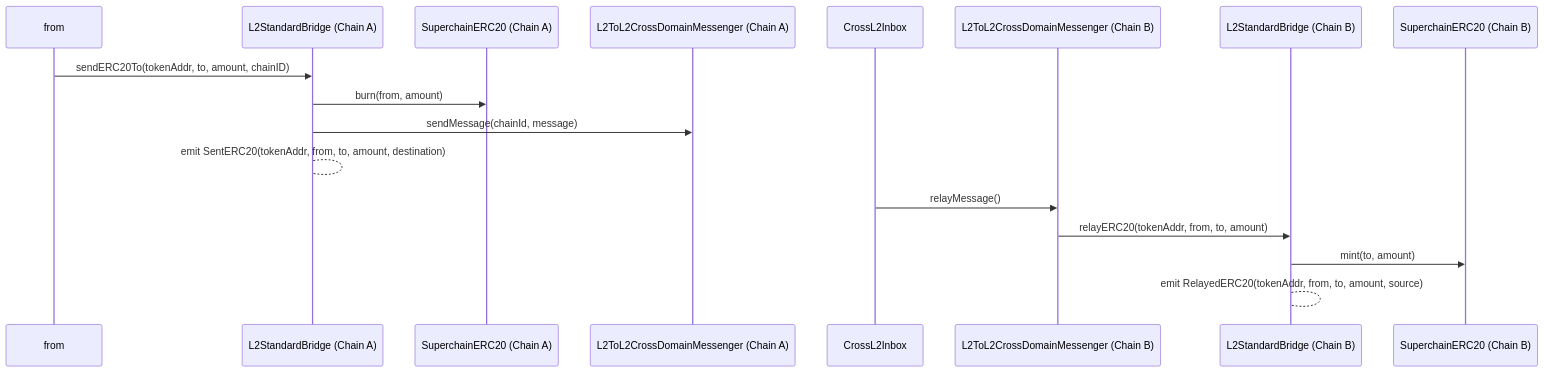
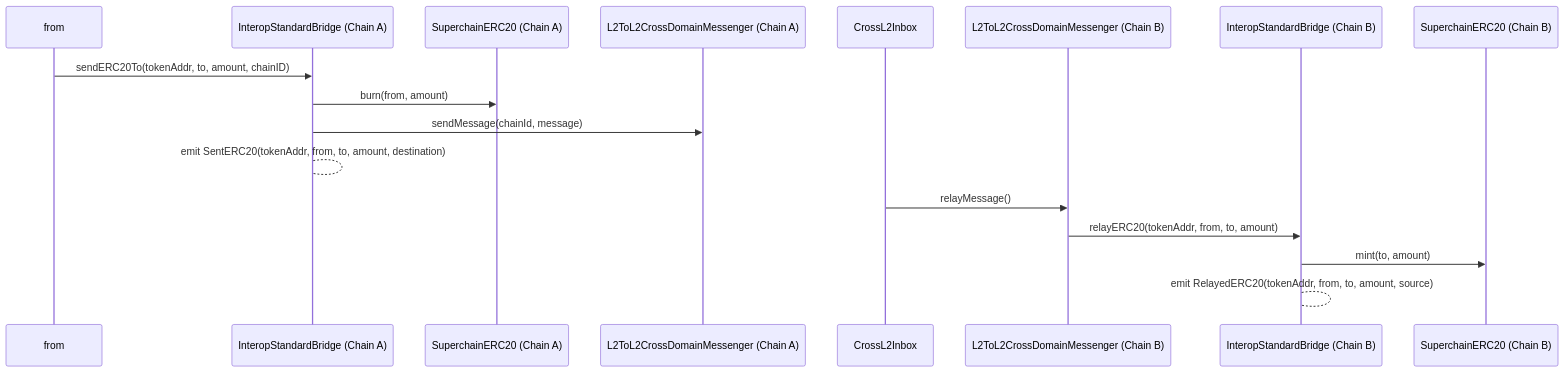
One commit to ethereum-optimism/specs changed the third of 3 diagrams in specs/interop/predeploys.md. Above: the diagram before and after it, drawn with Mermaid. The commit also changed 1 other file, not shown here.

Commit message:
feat: fixed note on token-bridging and bridge naming in mermaid diagrams

````diff
--- a/specs/interop/predeploys.md
+++ b/specs/interop/predeploys.md
@@ -861,20 +861,20 @@
 ```mermaid
 sequenceDiagram
   participant from
-  participant L2SBA as L2StandardBridge (Chain A)
+  participant L2SBA as InteropStandardBridge (Chain A)
   participant SuperERC20_A as SuperchainERC20 (Chain A)
   participant Messenger_A as L2ToL2CrossDomainMessenger (Chain A)
   participant Inbox as CrossL2Inbox
   participant Messenger_B as L2ToL2CrossDomainMessenger (Chain B)
-  participant L2SBB as L2StandardBridge (Chain B)
+  participant L2SBB as InteropStandardBridge (Chain B)
   participant SuperERC20_B as SuperchainERC20 (Chain B)
 
   from->>L2SBA: sendERC20To(tokenAddr, to, amount, chainID)
   L2SBA->>SuperERC20_A: burn(from, amount)
   L2SBA->>Messenger_A: sendMessage(chainId, message)
   L2SBA-->L2SBA: emit SentERC20(tokenAddr, from, to, amount, destination)
   Inbox->>Messenger_B: relayMessage()
   Messenger_B->>L2SBB: relayERC20(tokenAddr, from, to, amount)
   L2SBB->>SuperERC20_B: mint(to, amount)
   L2SBB-->L2SBB: emit RelayedERC20(tokenAddr, from, to, amount, source)
 ```
````
